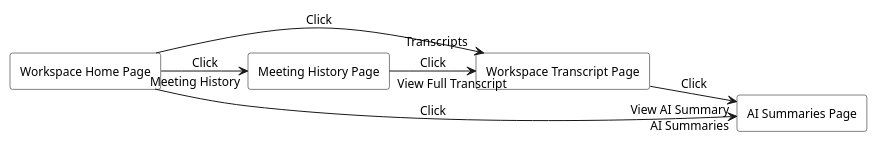
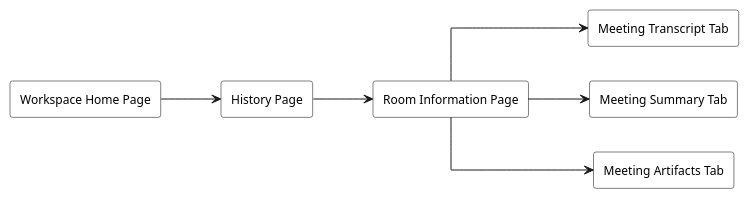
One commit to WarpTalk-CapstoneProject/warptalk-backend changed the diagram in .agents/resources/screen flow/transcript/01-transcript-and-ai-summaries-screen-flow.puml. Above: the diagram before and after it, drawn with PlantUML. The commit also changed 186 other files, not shown here.

Commit message:
docs: finalize sequence diagrams, class diagrams, specs and postman assets

```diff
--- a/.agents/resources/screen flow/transcript/01-transcript-and-ai-summaries-screen-flow.puml
+++ b/.agents/resources/screen flow/transcript/01-transcript-and-ai-summaries-screen-flow.puml
@@ -1,26 +1,29 @@
 @startuml
 skinparam monochrome true
 skinparam shadowing false
+skinparam linetype ortho
 skinparam defaultFontName Arial
 skinparam defaultFontSize 12
 skinparam rectangle {
   BackgroundColor white
   BorderColor black
 }
 left to right direction
 
 ' Pages
 rectangle "Workspace Home Page" as WorkspaceHome
-rectangle "Workspace Transcript Page" as WorkspaceTranscriptPage
-rectangle "Meeting History Page" as MeetingHistoryPage
-rectangle "AI Summaries Page" as AISummariesPage
+rectangle "History Page" as HistoryPage
+rectangle "Room Information Page" as RoomInformationPage
+rectangle "Meeting Transcript Tab" as MeetingTranscriptTab
+rectangle "Meeting Summary Tab" as MeetingSummaryTab
+rectangle "Meeting Artifacts Tab" as MeetingArtifactsTab
 
 ' Navigation Flow
-WorkspaceHome --> WorkspaceTranscriptPage : Click "Transcripts"
-WorkspaceHome --> MeetingHistoryPage : Click "Meeting History"
-WorkspaceHome --> AISummariesPage : Click "AI Summaries"
+WorkspaceHome --> HistoryPage
+HistoryPage --> RoomInformationPage
 
-MeetingHistoryPage --> WorkspaceTranscriptPage : Click "View Full Transcript"
-WorkspaceTranscriptPage --> AISummariesPage : Click "View AI Summary"
+RoomInformationPage --> MeetingTranscriptTab
+RoomInformationPage --> MeetingSummaryTab
+RoomInformationPage --> MeetingArtifactsTab
 
 @enduml
```
